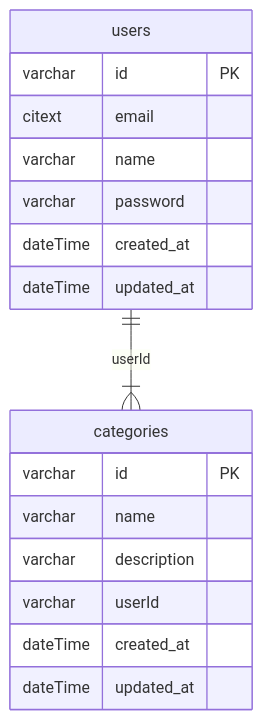
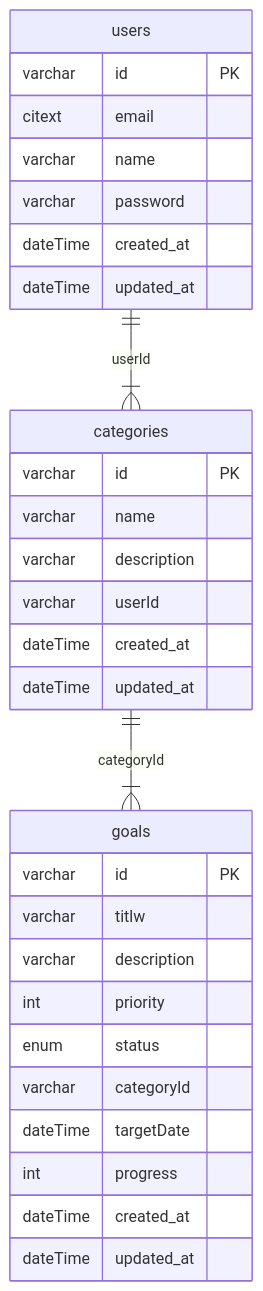
One commit to sandrvvu/BetterSelf changed the diagram in README.md. Above: the diagram before and after it, drawn with Mermaid. The commit also changed 11 other files, not shown here.

````diff
--- a/README.md
+++ b/README.md
@@ -5,22 +5,36 @@
 ```mermaid
 erDiagram
    users {
       varchar id PK
       citext email
       varchar name
       varchar password
       dateTime created_at
       dateTime updated_at
    }
 
    categories {
       varchar id PK
       varchar name
       varchar description
       varchar userId
       dateTime created_at
       dateTime updated_at
    }
    
+   goals {
+      varchar id PK
+      varchar titlw
+      varchar description
+      int priority
+      enum status
+      varchar categoryId
+      dateTime targetDate
+      int progress
+      dateTime created_at
+      dateTime updated_at
+   }
+
     users ||--|{ categories : userId
+    categories ||--|{ goals : categoryId
 ```
````
